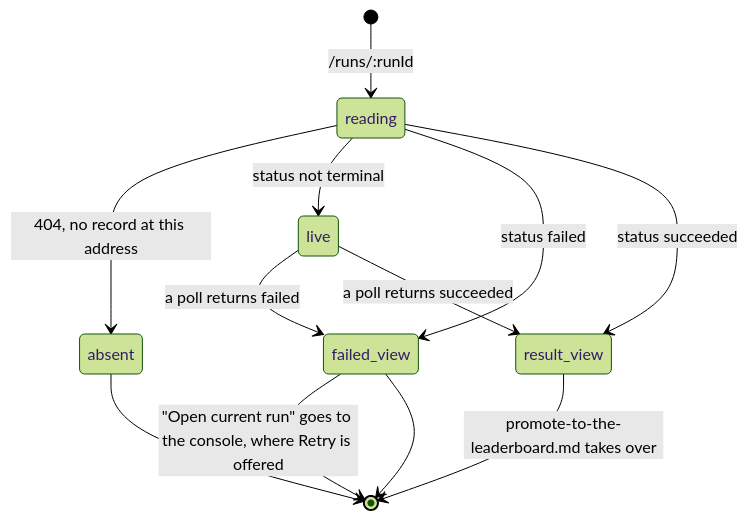
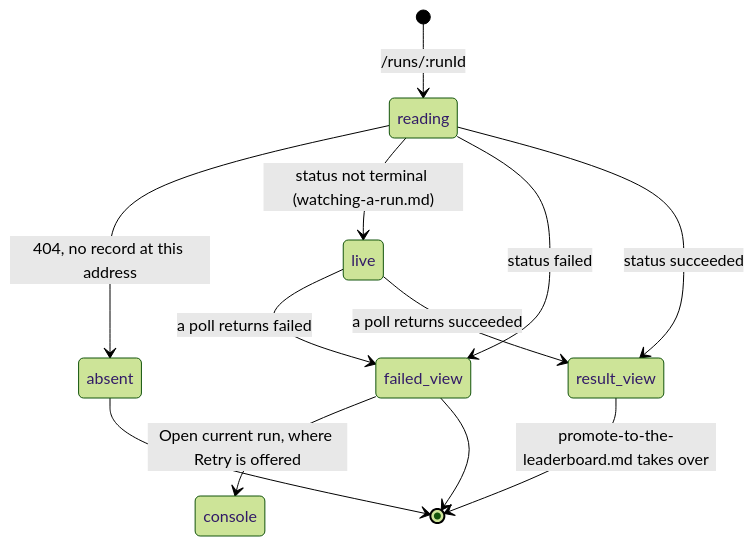
Before and after one commit to SamGu-NRX/CogPortal: the diagram in docs/product-description/portal/the-run-page.md, drawn with Mermaid (forest theme). The commit also changed other lines of this file and 41 other files, not shown here.

````diff
--- a/docs/product-description/portal/the-run-page.md
+++ b/docs/product-description/portal/the-run-page.md
@@ -63,14 +40,14 @@
 ```mermaid
 stateDiagram-v2
     [*] --> reading : /runs/:runId
     reading --> absent : 404, no record at this address
-    reading --> live : status not terminal
+    reading --> live : status not terminal (watching-a-run.md)
     reading --> failed_view : status failed
     reading --> result_view : status succeeded
     live --> failed_view : a poll returns failed
     live --> result_view : a poll returns succeeded
-    failed_view --> [*] : "Open current run" goes to the console, where Retry is offered
+    failed_view --> console : Open current run, where Retry is offered
     result_view --> [*] : promote-to-the-leaderboard.md takes over
     failed_view --> [*]
     absent --> [*]
 ```
````
